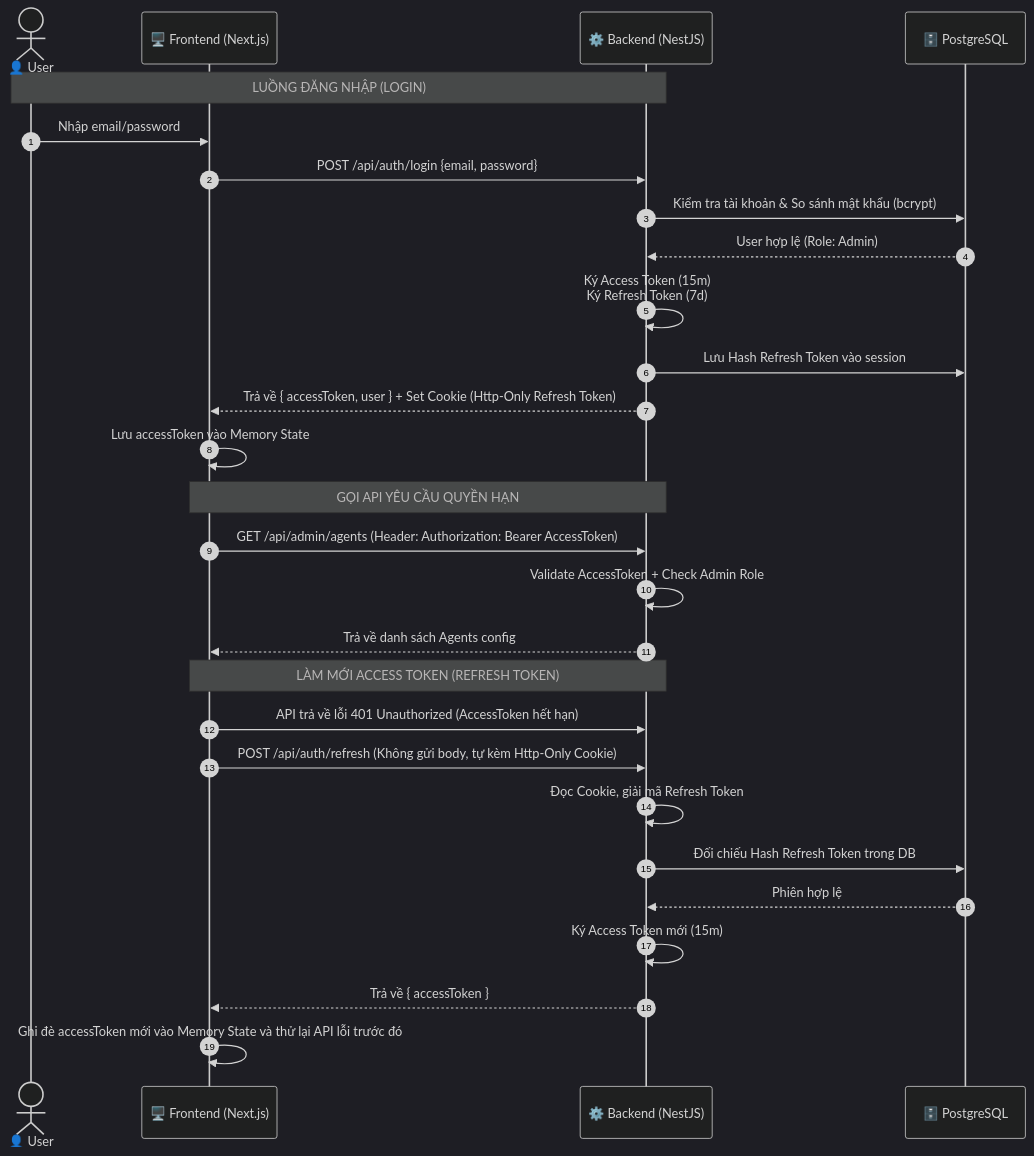
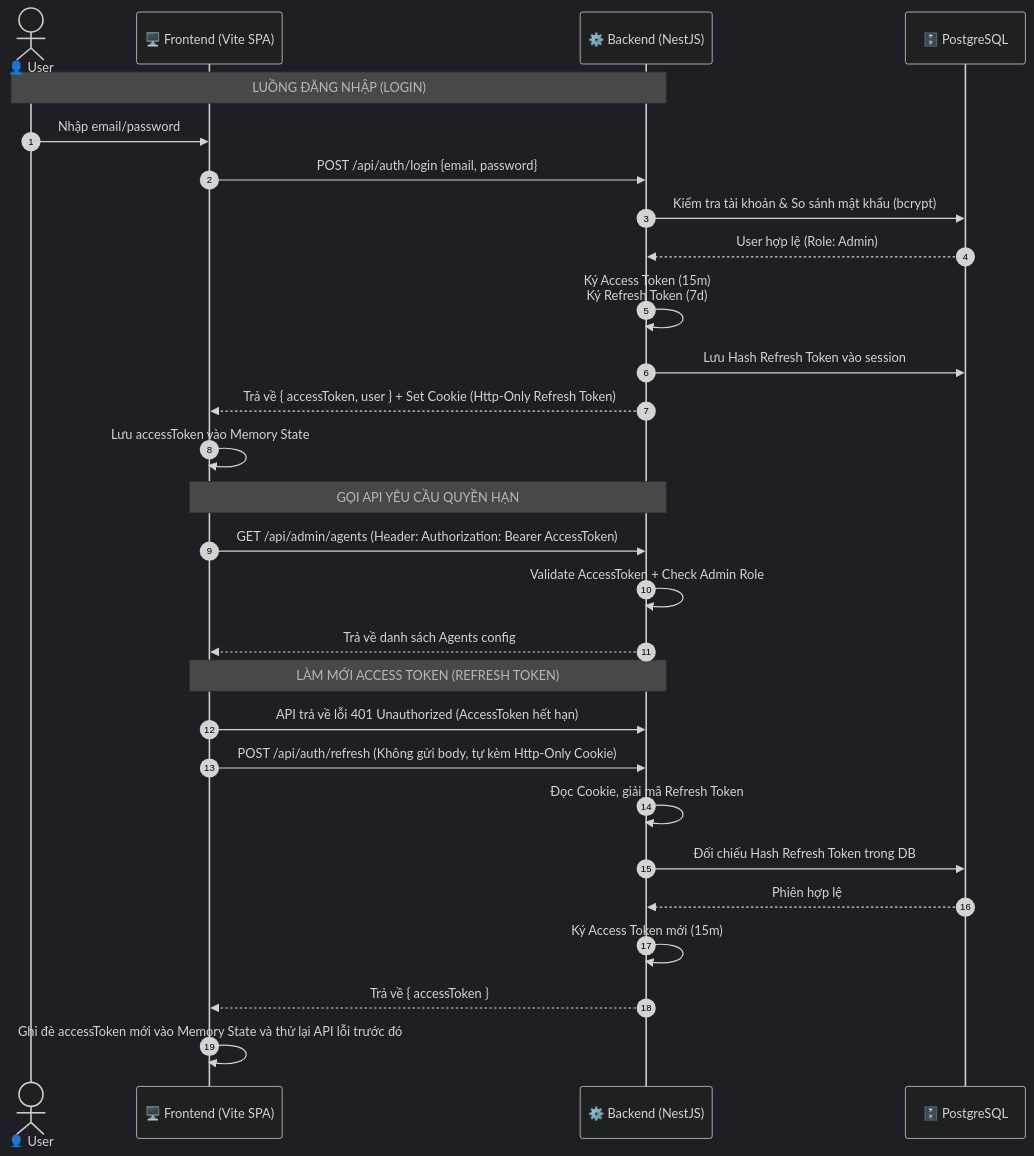
The diagram in docs/architecture/07-security.md (vietnv5/agentx), drawn with Mermaid (dark theme) before and after one commit. The commit also changed other lines of this file and 24 other files, not shown here.

Commit message:
Introduce database schema migration `0003`: add `files` table, modify `knowledge_chunks.embedding` column type, and update multiple schema configurations.

````diff
--- a/docs/architecture/07-security.md
+++ b/docs/architecture/07-security.md
@@ -20,36 +20,36 @@
 ```mermaid
 sequenceDiagram
     autonumber
     actor User as 👤 User
-    participant Client as 🖥️ Frontend (Next.js)
+    participant Client as 🖥️ Frontend (Vite SPA)
     participant Server as ⚙️ Backend (NestJS)
     participant DB as 🗄️ PostgreSQL
 
     %% Login flow
     Note over User, Server: LUỒNG ĐĂNG NHẬP (LOGIN)
     User->>Client: Nhập email/password
     Client->>Server: POST /api/auth/login {email, password}
     Server->>DB: Kiểm tra tài khoản & So sánh mật khẩu (bcrypt)
     DB-->>Server: User hợp lệ (Role: Admin)
     Server->>Server: Ký Access Token (15m)<br/>Ký Refresh Token (7d)
     Server->>DB: Lưu Hash Refresh Token vào session
     Server-->>Client: Trả về { accessToken, user } + Set Cookie (Http-Only Refresh Token)
     Client->>Client: Lưu accessToken vào Memory State
 
     %% API Request Flow
     Note over Client, Server: GỌI API YÊU CẦU QUYỀN HẠN
     Client->>Server: GET /api/admin/agents (Header: Authorization: Bearer AccessToken)
     Server->>Server: Validate AccessToken + Check Admin Role
     Server-->>Client: Trả về danh sách Agents config
 
     %% Token Refresh Flow
     Note over Client, Server: LÀM MỚI ACCESS TOKEN (REFRESH TOKEN)
     Client->>Server: API trả về lỗi 401 Unauthorized (AccessToken hết hạn)
     Client->>Server: POST /api/auth/refresh (Không gửi body, tự kèm Http-Only Cookie)
     Server->>Server: Đọc Cookie, giải mã Refresh Token
     Server->>DB: Đối chiếu Hash Refresh Token trong DB
     DB-->>Server: Phiên hợp lệ
     Server->>Server: Ký Access Token mới (15m)
     Server-->>Client: Trả về { accessToken }
     Client->>Client: Ghi đè accessToken mới vào Memory State và thử lại API lỗi trước đó
 ```
````
